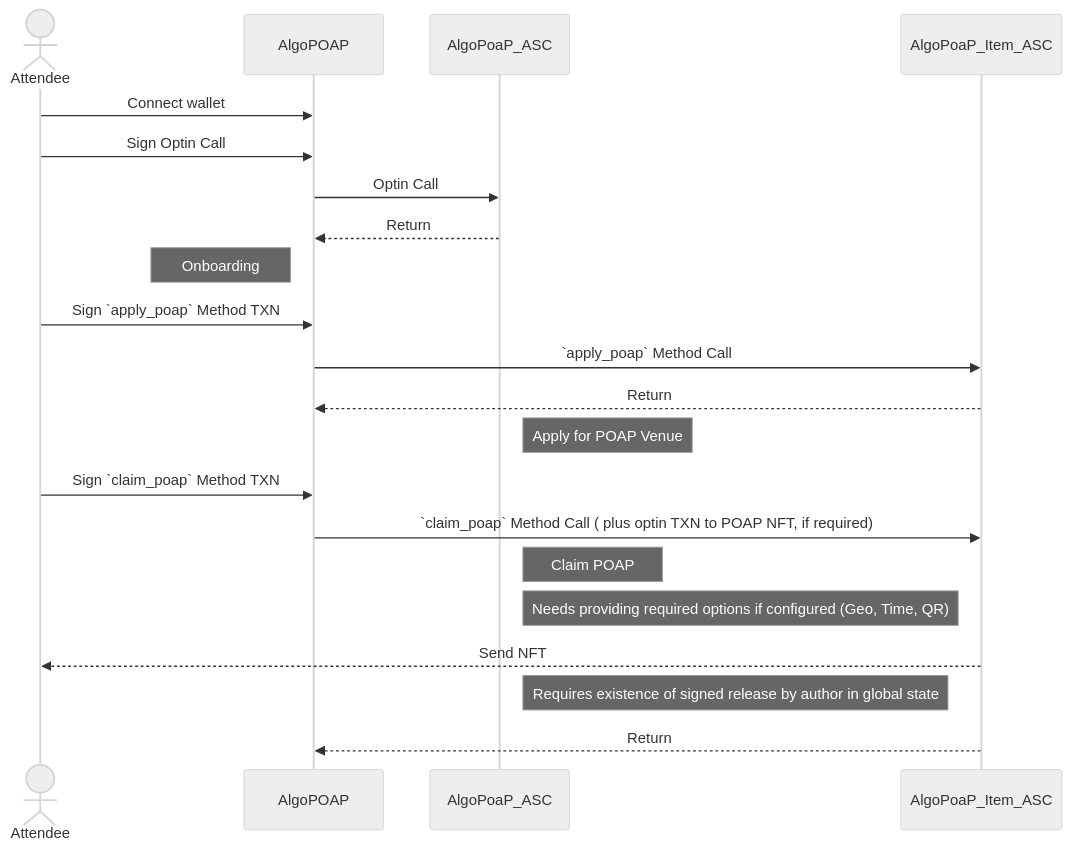
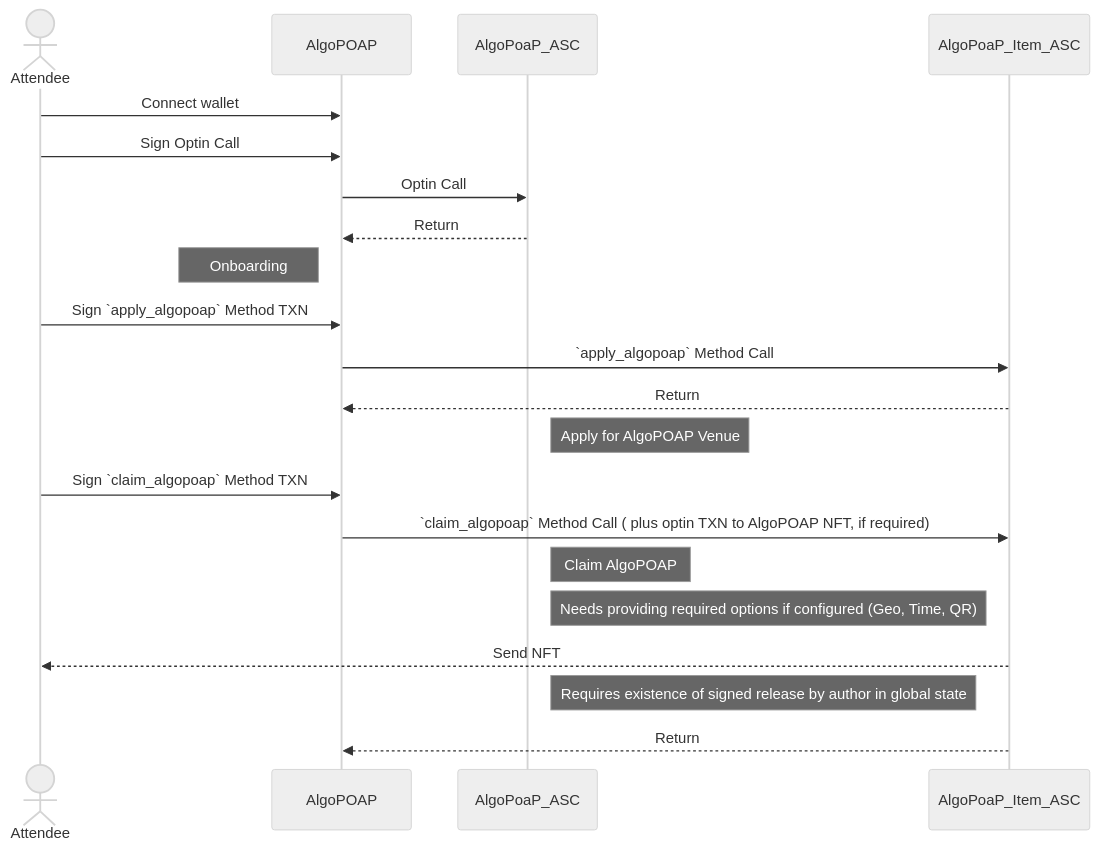
One commit to GoPlausible/.github changed the third of 8 diagrams in profile/README.md. Above: the diagram before and after it, drawn with Mermaid (neutral theme). The commit also changed other lines of this file, not shown here.

````diff
--- a/profile/README.md
+++ b/profile/README.md
@@ -239,27 +238,27 @@
 ```mermaid
 sequenceDiagram 
 actor Attendee
 participant AlgoPOAP
 participant AlgoPoaP_ASC
 participant AlgoPoaP_Item_ASC
 Attendee ->> AlgoPOAP: Connect wallet
 Attendee ->> AlgoPOAP: Sign Optin Call
 AlgoPOAP ->> AlgoPoaP_ASC: Optin Call
 AlgoPoaP_ASC -->> AlgoPOAP: Return
 Note left of AlgoPOAP: Onboarding
 
-Attendee ->> AlgoPOAP: Sign `apply_poap` Method TXN
-AlgoPOAP ->> AlgoPoaP_Item_ASC:  `apply_poap` Method Call
+Attendee ->> AlgoPOAP: Sign `apply_algopoap` Method TXN
+AlgoPOAP ->> AlgoPoaP_Item_ASC:  `apply_algopoap` Method Call
 AlgoPoaP_Item_ASC -->> AlgoPOAP: Return
-Note right of AlgoPoaP_ASC: Apply for POAP Venue
+Note right of AlgoPoaP_ASC: Apply for AlgoPOAP Venue
 
 
-Attendee ->> AlgoPOAP: Sign `claim_poap` Method TXN
-AlgoPOAP ->> AlgoPoaP_Item_ASC: `claim_poap` Method Call ( plus optin TXN to POAP NFT, if required)
-Note right of AlgoPoaP_ASC: Claim POAP
+Attendee ->> AlgoPOAP: Sign `claim_algopoap` Method TXN
+AlgoPOAP ->> AlgoPoaP_Item_ASC: `claim_algopoap` Method Call ( plus optin TXN to AlgoPOAP NFT, if required)
+Note right of AlgoPoaP_ASC: Claim AlgoPOAP
 Note right of AlgoPoaP_ASC: Needs providing required options if configured (Geo, Time, QR)
 AlgoPoaP_Item_ASC -->> Attendee: Send NFT
 Note right of AlgoPoaP_ASC: Requires existence of signed release by author in global state
 AlgoPoaP_Item_ASC -->> AlgoPOAP: Return
 
 ```
````
